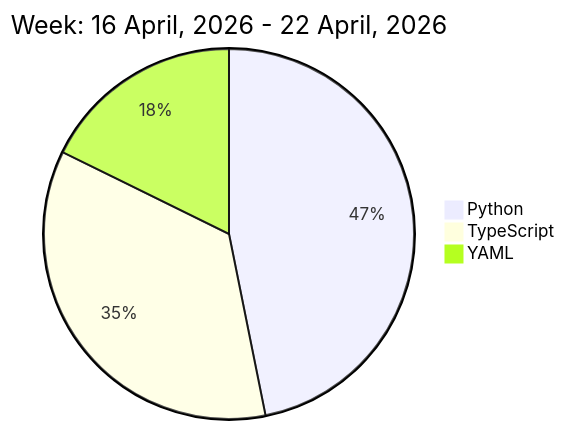
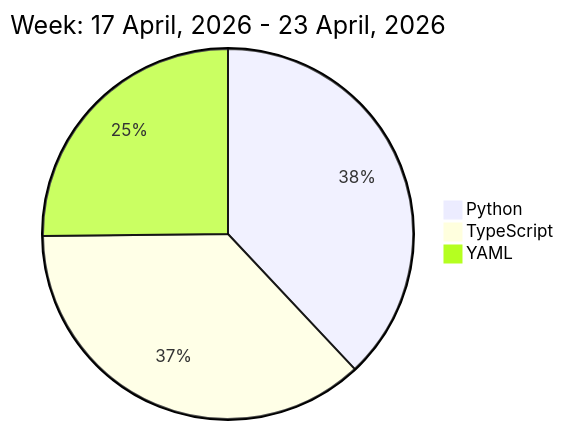
One commit to liubin95/liubin95 changed the diagram in README.md. Above: the diagram before and after it, drawn with Mermaid.

Commit message:
Updated the Graph with new Metrics

````diff
--- a/README.md
+++ b/README.md
@@ -32,7 +32,7 @@
 ```mermaid
  pie
-title Week: 16 April, 2026 - 22 April, 2026
- "Python" : 5.55
- "TypeScript" : 4.2
- "YAML" : 2.1
+title Week: 17 April, 2026 - 23 April, 2026
+ "Python" : 3.85
+ "TypeScript" : 3.73
+ "YAML" : 2.55
 ```
````
